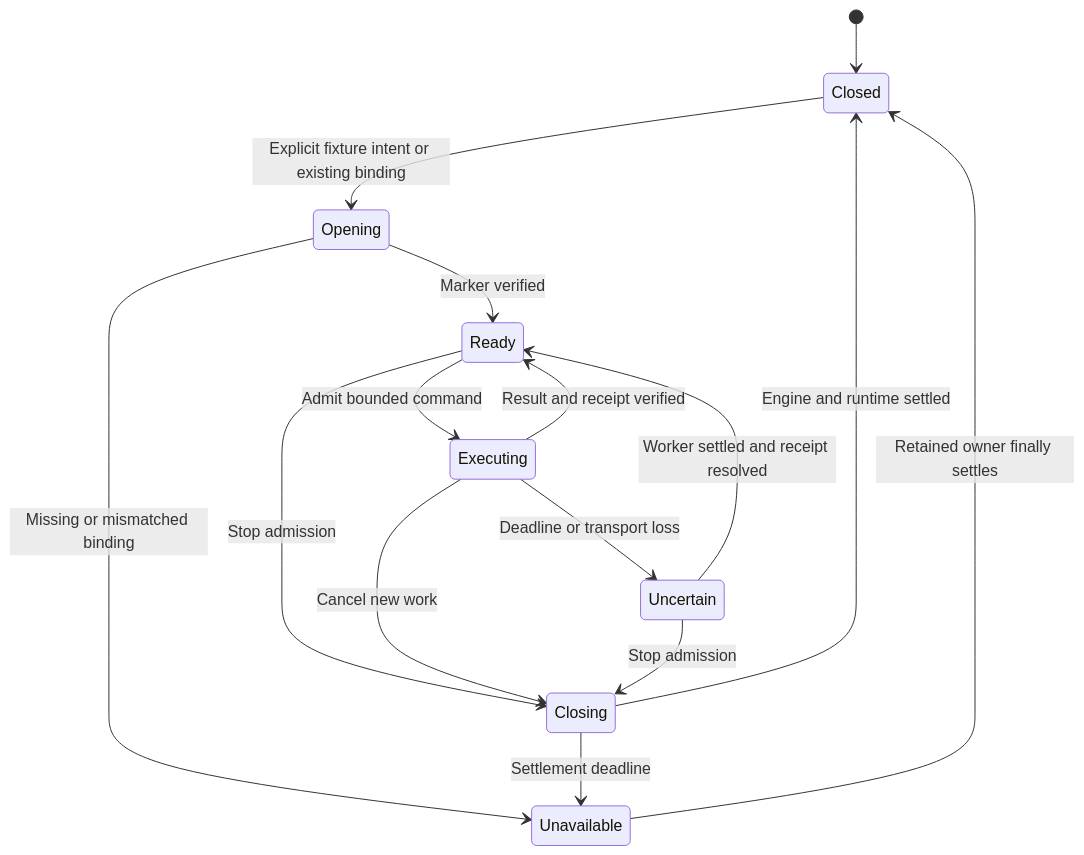
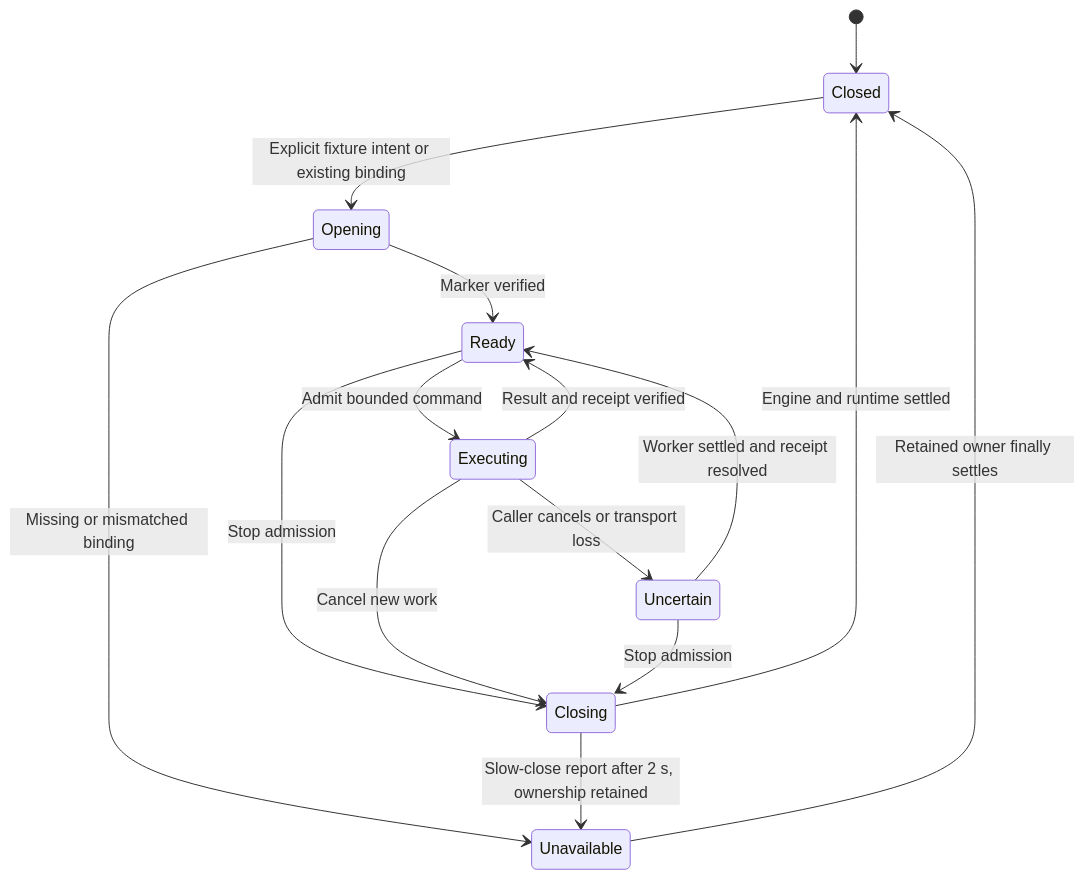
Before and after one commit to pidster/asura: diagram 13 of 20 in docs/designs/hybrid-memory-ontology.md, drawn with Mermaid. The commit also changed other lines of this file and 39 other files, not shown here.

````diff
--- a/docs/designs/hybrid-memory-ontology.md
+++ b/docs/designs/hybrid-memory-ontology.md
@@ -1292,17 +1292,17 @@
 ```mermaid
 stateDiagram-v2
     [*] --> Closed
     Closed --> Opening: Explicit fixture intent or existing binding
     Opening --> Ready: Marker verified
     Opening --> Unavailable: Missing or mismatched binding
     Ready --> Executing: Admit bounded command
     Executing --> Ready: Result and receipt verified
-    Executing --> Uncertain: Deadline or transport loss
+    Executing --> Uncertain: Caller cancels or transport loss
     Uncertain --> Ready: Worker settled and receipt resolved
     Ready --> Closing: Stop admission
     Executing --> Closing: Cancel new work
     Uncertain --> Closing: Stop admission
     Closing --> Closed: Engine and runtime settled
-    Closing --> Unavailable: Settlement deadline
+    Closing --> Unavailable: Slow-close report after 2 s, ownership retained
     Unavailable --> Closed: Retained owner finally settles
 ```
````
